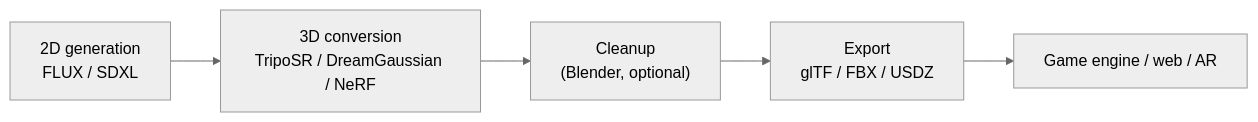
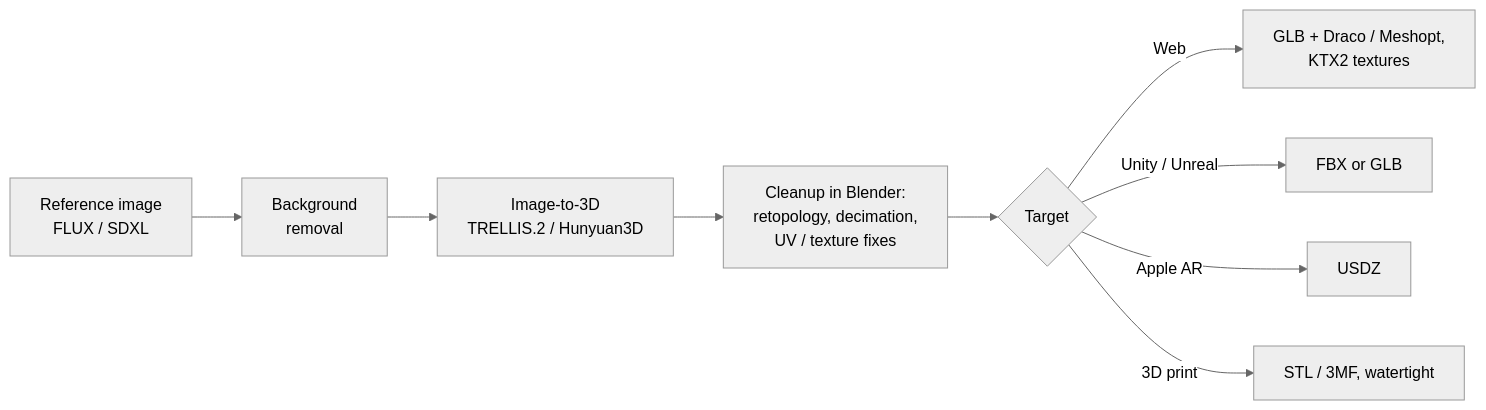
Before and after one commit to AndrewAltimit/Documentation: the fourth of 4 diagrams in github-pages/docs/ai-ml/output-formats.md, drawn with Mermaid (neutral theme). The commit also changed other lines of this file and 240 other files, not shown here.

````diff
--- a/github-pages/docs/ai-ml/output-formats.md
+++ b/github-pages/docs/ai-ml/output-formats.md
@@ -282,7 +228,11 @@
 ```mermaid
 flowchart LR
-    Gen["2D generation<br/>FLUX / SDXL"] --> Conv["3D conversion<br/>TripoSR / DreamGaussian / NeRF"]
-    Conv --> Clean["Cleanup<br/>(Blender, optional)"]
-    Clean --> Exp["Export<br/>glTF / FBX / USDZ"]
-    Exp --> Eng["Game engine / web / AR"]
+    R["Reference image<br/>FLUX / SDXL"] --> BG["Background<br/>removal"]
+    BG --> M["Image-to-3D<br/>TRELLIS.2 / Hunyuan3D"]
+    M --> C["Cleanup in Blender:<br/>retopology, decimation,<br/>UV / texture fixes"]
+    C --> E{"Target"}
+    E -->|Web| GLB["GLB + Draco / Meshopt,<br/>KTX2 textures"]
+    E -->|Unity / Unreal| FBX["FBX or GLB"]
+    E -->|Apple AR| USDZ["USDZ"]
+    E -->|3D print| STL["STL / 3MF, watertight"]
 ```
````
